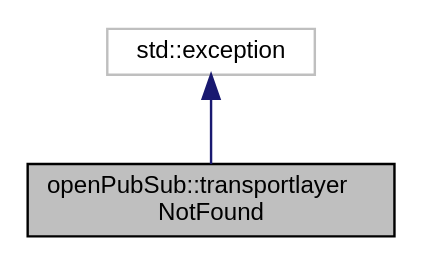
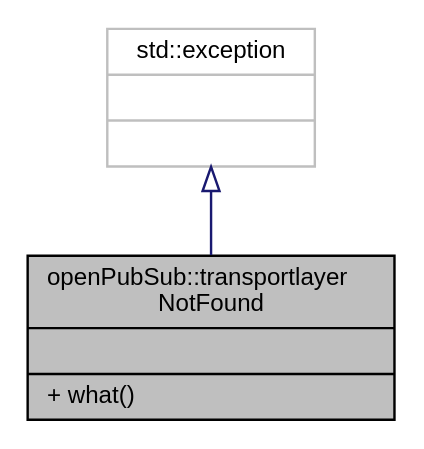
The diagram in structopenPubSub_1_1transportlayerNotFound__coll__graph.dot (makreft/openPubSub), drawn with Graphviz before and after one commit. The commit also changed 63 other files, not shown here.

```diff
--- a/structopenPubSub_1_1transportlayerNotFound__coll__graph.dot
+++ b/structopenPubSub_1_1transportlayerNotFound__coll__graph.dot
@@ -1,9 +1,9 @@
 digraph "openPubSub::transportlayerNotFound"
 {
  // LATEX_PDF_SIZE
   edge [fontname="Helvetica",fontsize="10",labelfontname="Helvetica",labelfontsize="10"];
   node [fontname="Helvetica",fontsize="10",shape=record];
-  Node1 [label="openPubSub::transportlayer\lNotFound",height=0.2,width=0.4,color="black", fillcolor="grey75", style="filled", fontcolor="black",tooltip=" "];
-  Node2 -> Node1 [dir="back",color="midnightblue",fontsize="10",style="solid",fontname="Helvetica"];
-  Node2 [label="std::exception",height=0.2,width=0.4,color="grey75", fillcolor="white", style="filled",tooltip=" "];
+  Node1 [label="{openPubSub::transportlayer\lNotFound\n||+ what()\l}",height=0.2,width=0.4,color="black", fillcolor="grey75", style="filled", fontcolor="black",tooltip=" "];
+  Node2 -> Node1 [dir="back",color="midnightblue",fontsize="10",style="solid",arrowtail="onormal",fontname="Helvetica"];
+  Node2 [label="{std::exception\n||}",height=0.2,width=0.4,color="grey75", fillcolor="white", style="filled",tooltip=" "];
 }
```
